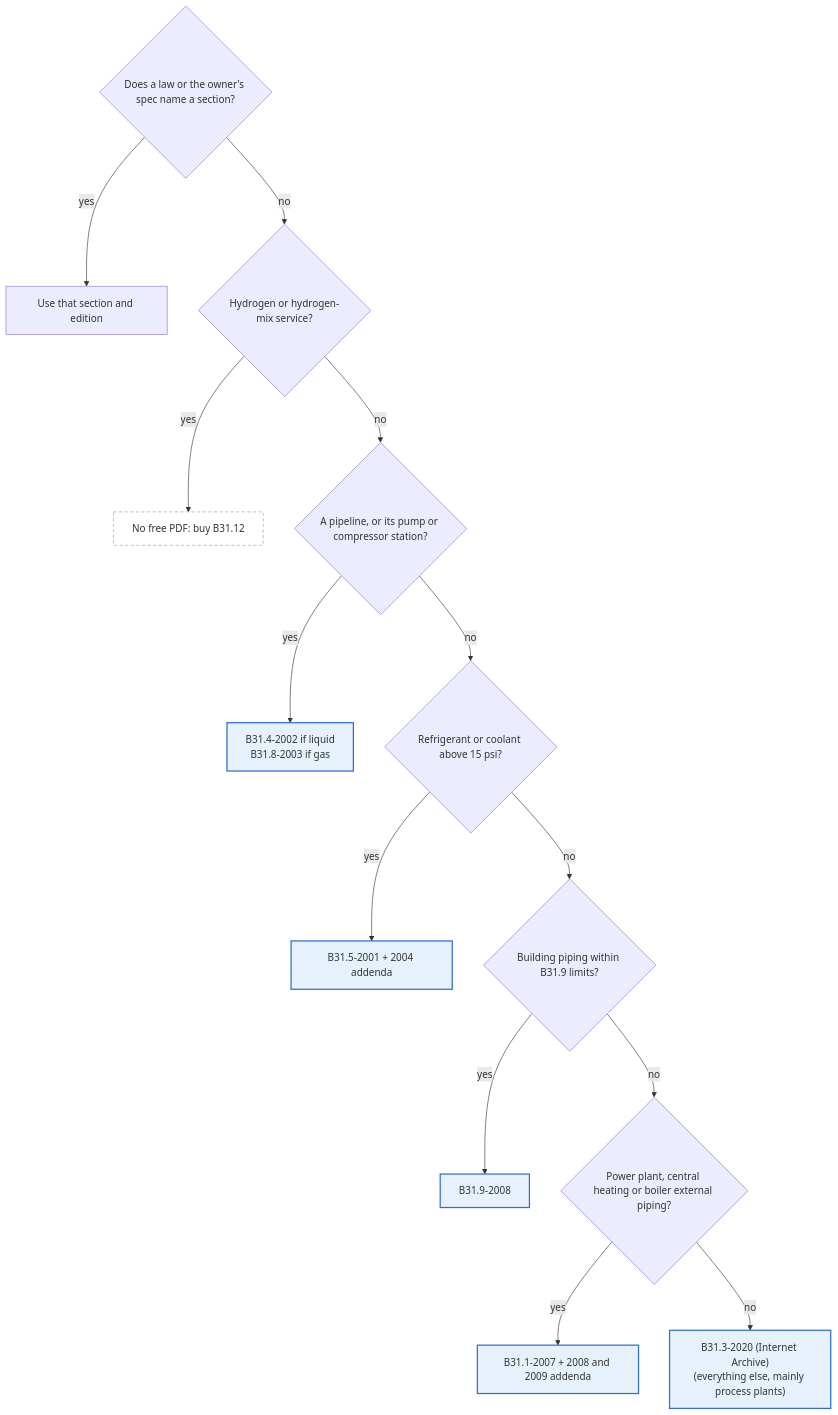
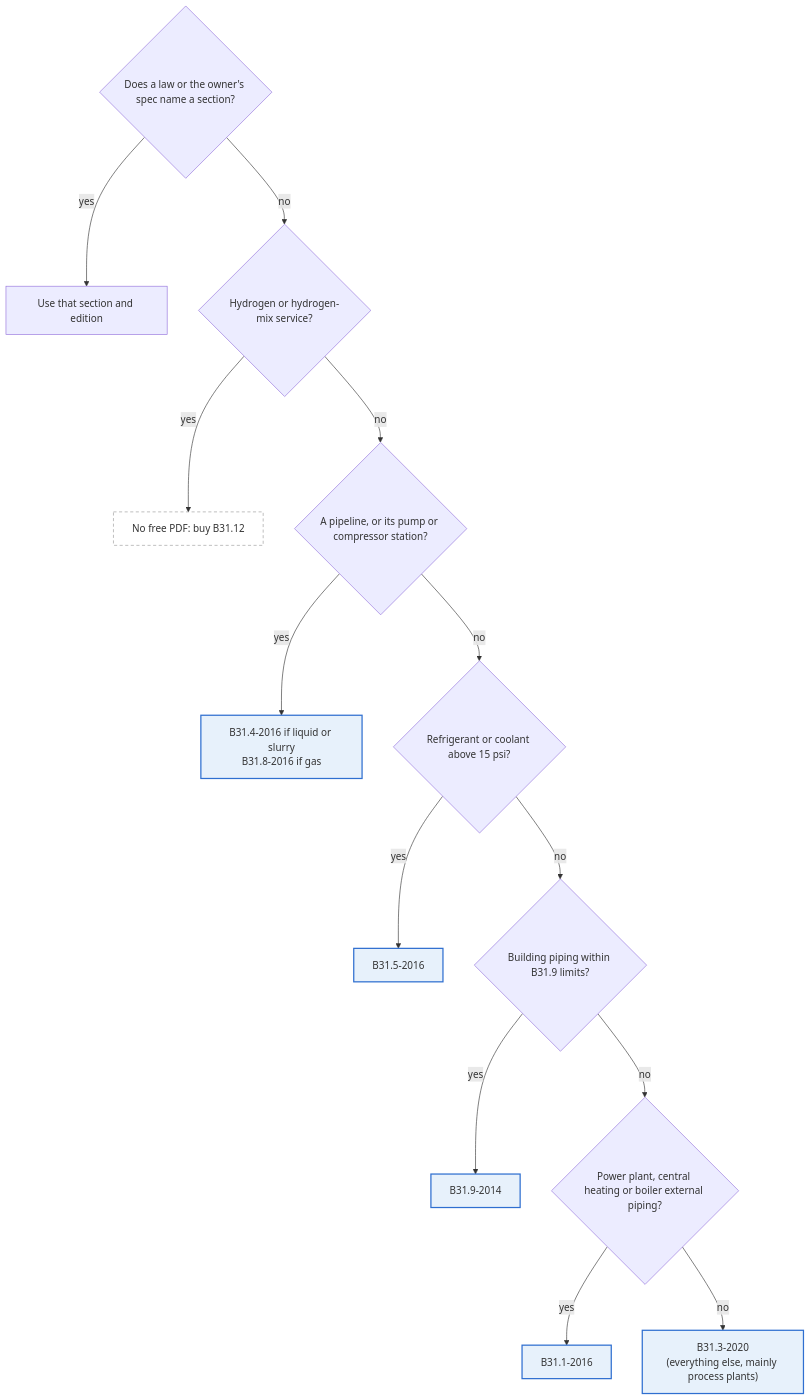
The diagram in docs/selection-guide.md (ArefAbdala/ASME-B31), drawn with Mermaid before and after one commit. The commit also changed other lines of this file and 49 other files, not shown here.

````diff
--- a/docs/selection-guide.md
+++ b/docs/selection-guide.md
@@ -9,19 +9,19 @@
 ```mermaid
 flowchart TD
     Q0{"Does a law or the owner's spec name a section?"} -- yes --> A0["Use that section and edition"]
     Q0 -- no --> Q1{"Hydrogen or hydrogen-mix service?"}
     Q1 -- yes --> A1["No free PDF: buy B31.12"]
     Q1 -- no --> Q2{"A pipeline, or its pump or compressor station?"}
-    Q2 -- yes --> A2["B31.4-2002 if liquid<br/>B31.8-2003 if gas"]
+    Q2 -- yes --> A2["B31.4-2016 if liquid or slurry<br/>B31.8-2016 if gas"]
     Q2 -- no --> Q3{"Refrigerant or coolant above 15 psi?"}
-    Q3 -- yes --> A3["B31.5-2001 + 2004 addenda"]
+    Q3 -- yes --> A3["B31.5-2016"]
     Q3 -- no --> Q4{"Building piping within B31.9 limits?"}
-    Q4 -- yes --> A4["B31.9-2008"]
+    Q4 -- yes --> A4["B31.9-2014"]
     Q4 -- no --> Q5{"Power plant, central heating or boiler external piping?"}
-    Q5 -- yes --> A5["B31.1-2007 + 2008 and 2009 addenda"]
-    Q5 -- no --> A6["B31.3-2020 (Internet Archive)<br/>(everything else, mainly process plants)"]
+    Q5 -- yes --> A5["B31.1-2016"]
+    Q5 -- no --> A6["B31.3-2020<br/>(everything else, mainly process plants)"]
     classDef pdf fill:#e7f1fb,stroke:#2f6fd0,stroke-width:2px;
     classDef nopdf fill:none,stroke:#999,stroke-dasharray:5 4;
     class A2,A3,A4,A5,A6 pdf;
     class A1 nopdf;
 ```
````
